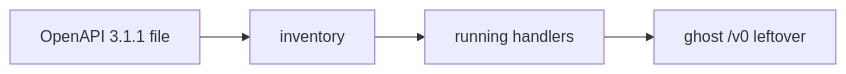
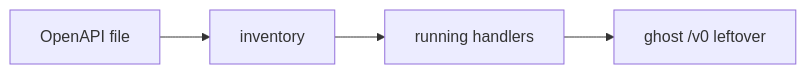
The second of 2 diagrams in content/modules/7/7.1/lessons/02-model.md (ishitvagoel/LearnSecurity), drawn with Mermaid before and after one commit. The commit also changed other lines of this file and 31 other files, not shown here.

````diff
--- a/content/modules/7/7.1/lessons/02-model.md
+++ b/content/modules/7/7.1/lessons/02-model.md
@@ -26,6 +25,6 @@
 ```mermaid
 flowchart LR
-  Spec["OpenAPI 3.1.1 file"] --> Inv[inventory]
+  Spec["OpenAPI file"] --> Inv[inventory]
   Inv --> Running["running handlers"]
   Running --> Ghost["ghost /v0 leftover"]
 ```
````
